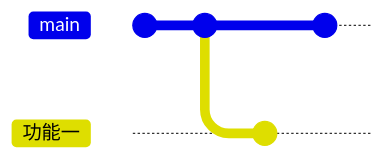
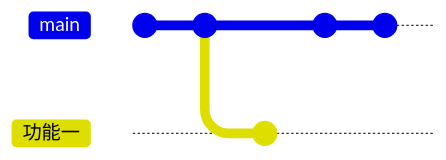
The diagram in text.md (GGQQmax/markdown), drawn with Mermaid before and after one commit. Commit ids are hidden.

Commit message:
Fix commit message formatting in text.md

````diff
--- a/text.md
+++ b/text.md
@@ -1,11 +1,11 @@
 ```mermaid
 gitGraph
 
 commit
 commit
 branch "功能一"
 commit id: "正在做其他功能不影響"
 checkout "main"
 commit 
-
+commit 
 ```
````
